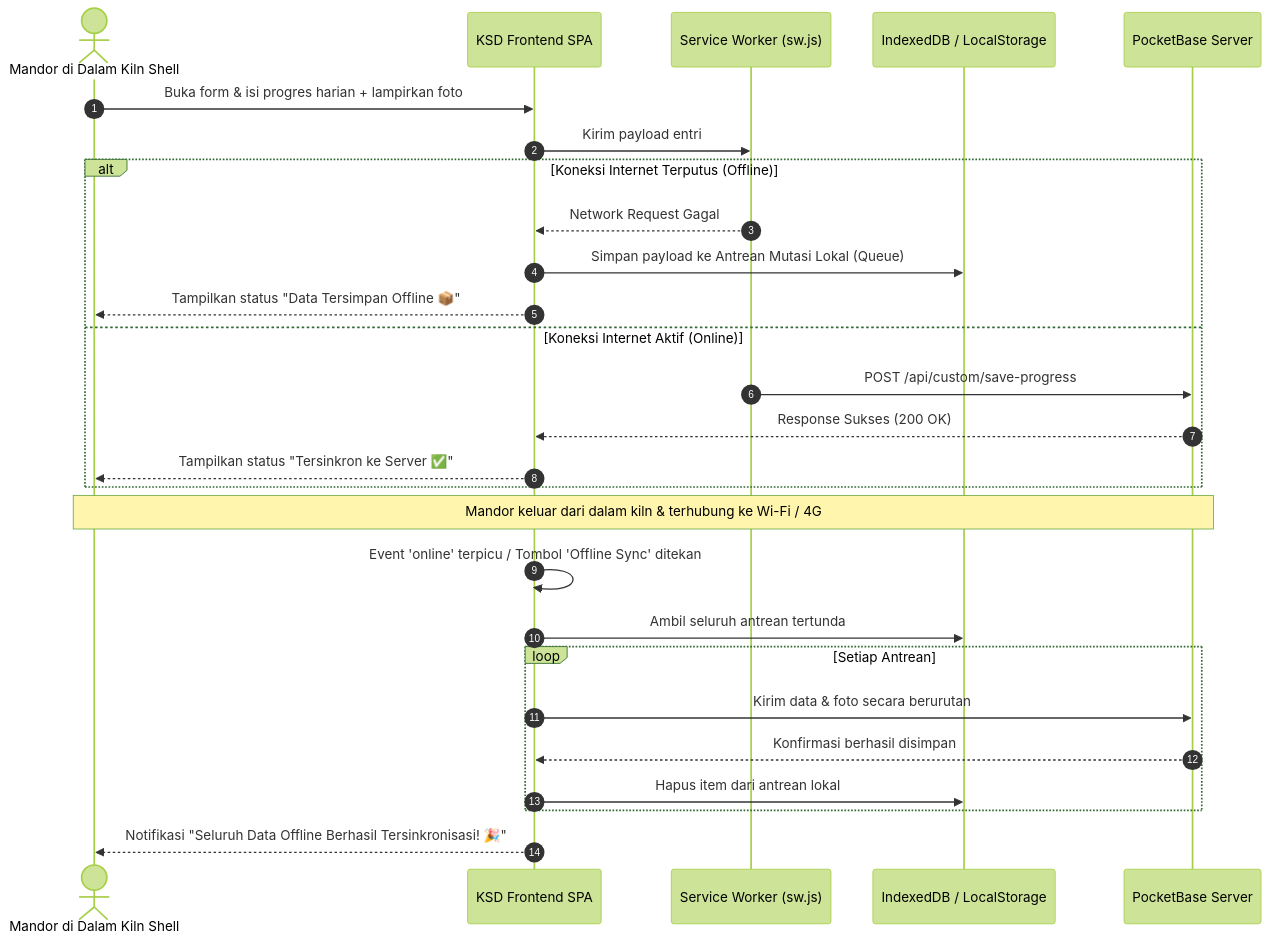
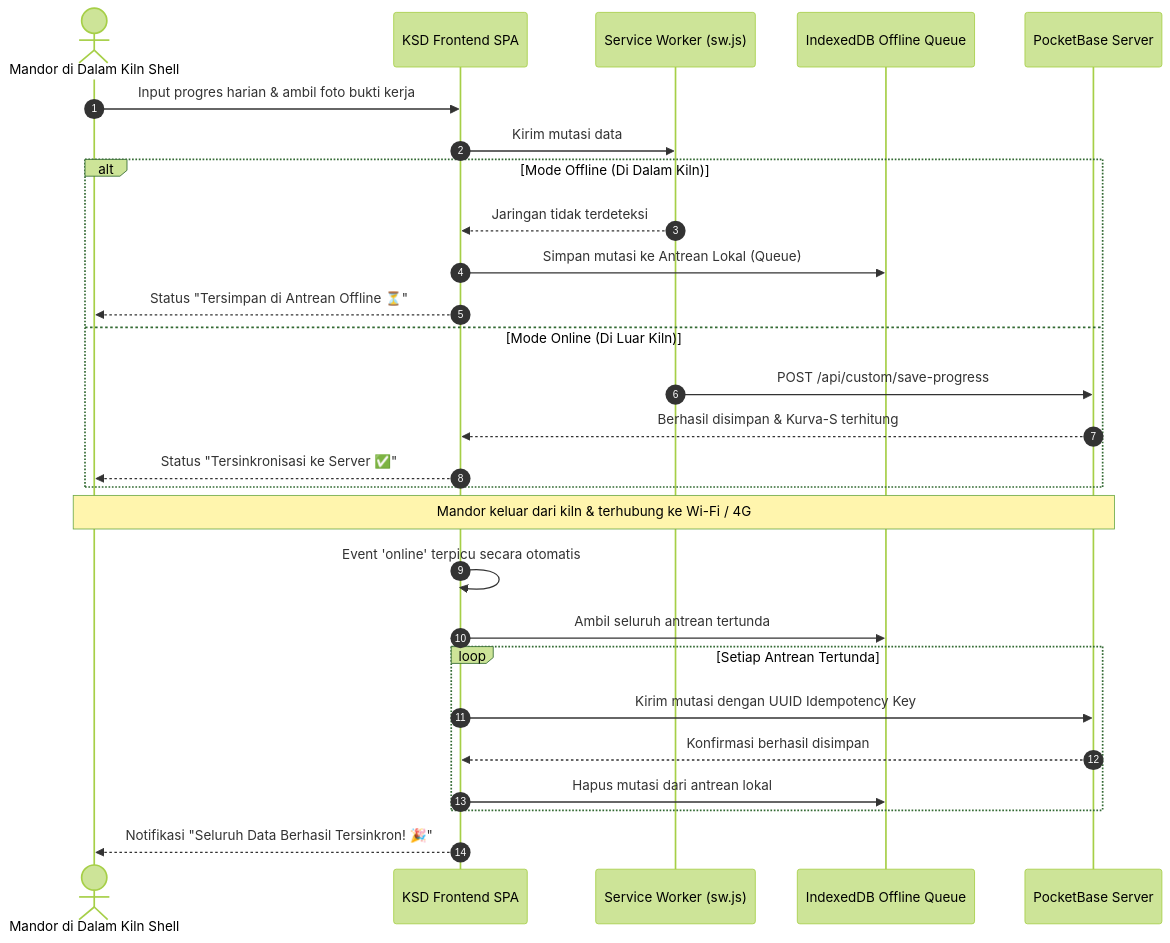
The second of 2 diagrams in README.md (haysan10/KSD-Monitoring), drawn with Mermaid (forest theme) before and after one commit. The commit also changed other lines of this file and 717 other files, not shown here.

````diff
--- a/README.md
+++ b/README.md
@@ -258,31 +214,31 @@
 ```mermaid
 sequenceDiagram
     autonumber
     actor Mandor as Mandor di Dalam Kiln Shell
     participant App as KSD Frontend SPA
     participant SW as Service Worker (sw.js)
-    participant LocalStore as IndexedDB / LocalStorage
+    participant LocalStore as IndexedDB Offline Queue
     participant PB as PocketBase Server
 
-    Mandor->>App: Buka form & isi progres harian + lampirkan foto
-    App->>SW: Kirim payload entri
-    alt Koneksi Internet Terputus (Offline)
-        SW-->>App: Network Request Gagal
-        App->>LocalStore: Simpan payload ke Antrean Mutasi Lokal (Queue)
-        App-->>Mandor: Tampilkan status "Data Tersimpan Offline 📦"
-    else Koneksi Internet Aktif (Online)
+    Mandor->>App: Input progres harian & ambil foto bukti kerja
+    App->>SW: Kirim mutasi data
+    alt Mode Offline (Di Dalam Kiln)
+        SW-->>App: Jaringan tidak terdeteksi
+        App->>LocalStore: Simpan mutasi ke Antrean Lokal (Queue)
+        App-->>Mandor: Status "Tersimpan di Antrean Offline ⏳"
+    else Mode Online (Di Luar Kiln)
         SW->>PB: POST /api/custom/save-progress
-        PB-->>App: Response Sukses (200 OK)
-        App-->>Mandor: Tampilkan status "Tersinkron ke Server ✅"
+        PB-->>App: Berhasil disimpan & Kurva-S terhitung
+        App-->>Mandor: Status "Tersinkronisasi ke Server ✅"
     end
 
-    Note over Mandor,PB: Mandor keluar dari dalam kiln & terhubung ke Wi-Fi / 4G
-    App->>App: Event 'online' terpicu / Tombol 'Offline Sync' ditekan
+    Note over Mandor,PB: Mandor keluar dari kiln & terhubung ke Wi-Fi / 4G
+    App->>App: Event 'online' terpicu secara otomatis
     App->>LocalStore: Ambil seluruh antrean tertunda
-    loop Setiap Antrean
-        App->>PB: Kirim data & foto secara berurutan
+    loop Setiap Antrean Tertunda
+        App->>PB: Kirim mutasi dengan UUID Idempotency Key
         PB-->>App: Konfirmasi berhasil disimpan
-        App->>LocalStore: Hapus item dari antrean lokal
+        App->>LocalStore: Hapus mutasi dari antrean lokal
     end
-    App-->>Mandor: Notifikasi "Seluruh Data Offline Berhasil Tersinkronisasi! 🎉"
+    App-->>Mandor: Notifikasi "Seluruh Data Berhasil Tersinkron! 🎉"
 ```
````
